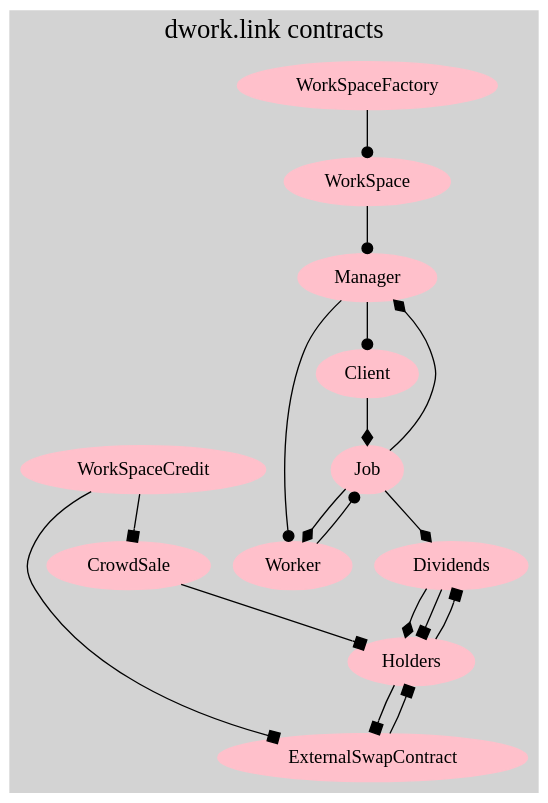
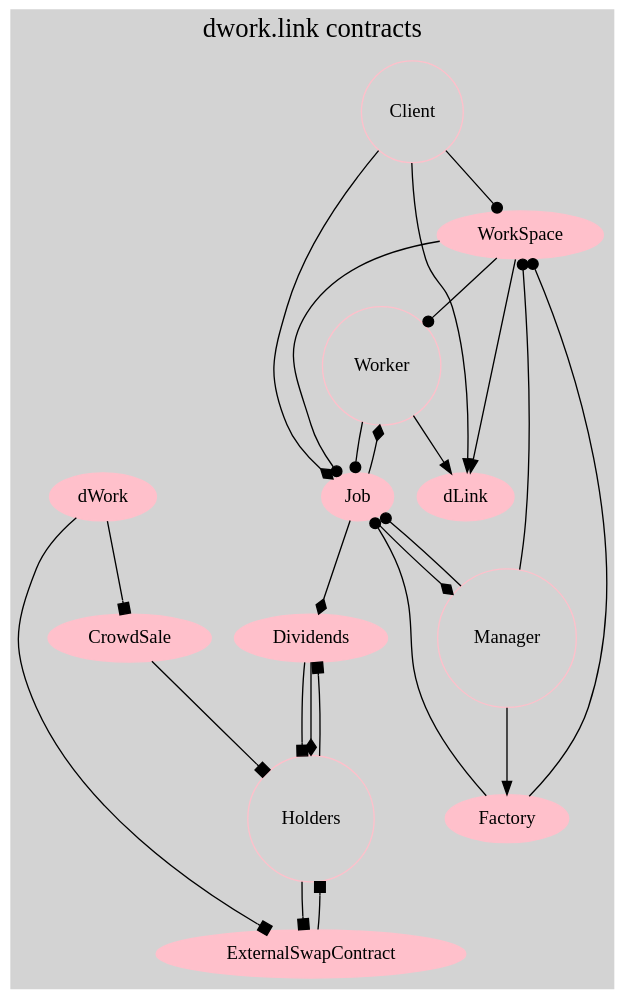
Before and after one commit to StrawberryChocolateFudge/dwork: the diagram in dwork.link.dot, drawn with Graphviz.

Commit message:
changed the graph

```diff
--- a/dwork.link.dot
+++ b/dwork.link.dot
@@ -1,40 +1,50 @@
 # http://www.graphviz.org/content/cluster
 
 digraph G {
  
   bgcolor=transparent;
 
   subgraph cluster_0 {
     label = "dwork.link contracts";
 
     style=filled;
     color=lightgrey;
     node [style=filled,color=pink];
     fontsize = 20;
+    Client[shape=circle,style=wedged,fillcolor="grey"];
+    Worker[shape=circle,style=wedged,fillcolor="grey"];
+    Manager[shape=circle,style=wedged,fillcolor="grey"];
+    Holders[shape=circle,style=wedged,fillcolor="grey"]
     
     
-    WorkSpaceFactory ->  WorkSpace [arrowhead = dot]
-    WorkSpace -> Manager [arrowhead = dot]
-    Manager -> Client [arrowhead = dot]
-    Manager -> Worker [arrowhead = dot]
+    Factory ->  WorkSpace [arrowhead = dot]
+    Factory -> Job [arrowhead = dot]
+    Manager -> Factory
+    Manager -> WorkSpace [arrowhead = dot]
+    Manager -> Job [arrowhead = dot]
+    WorkSpace -> Job [arrowhead = dot]
+    WorkSpace -> Worker [arrowhead = dot]
     Worker -> Job [arrowhead = dot]
+    Client -> WorkSpace [arrowhead = dot] 
     Client -> Job  [arrowhead = diamond]
     Job -> Manager   [arrowhead = diamond]
     Job -> Dividends   [arrowhead = diamond]
     Job -> Worker   [arrowhead = diamond]
-    
+    Client -> dLink
+    WorkSpace -> dLink
+    Worker -> dLink 
 
 
-    WorkSpaceCredit -> CrowdSale [arrowhead = box]
+    dWork -> CrowdSale [arrowhead = box]
 
     CrowdSale -> Holders [arrowhead = box]
     Dividends -> Holders [arrowhead = diamond]
     Dividends -> Holders [arrowhead = box]
     Holders -> Dividends [arrowhead = box]
-    WorkSpaceCredit -> ExternalSwapContract [arrowhead = box]
+    dWork -> ExternalSwapContract [arrowhead = box]
     ExternalSwapContract -> Holders [arrowhead = box]
     Holders -> ExternalSwapContract [arrowhead = box]
   }
 
  
 }
```
